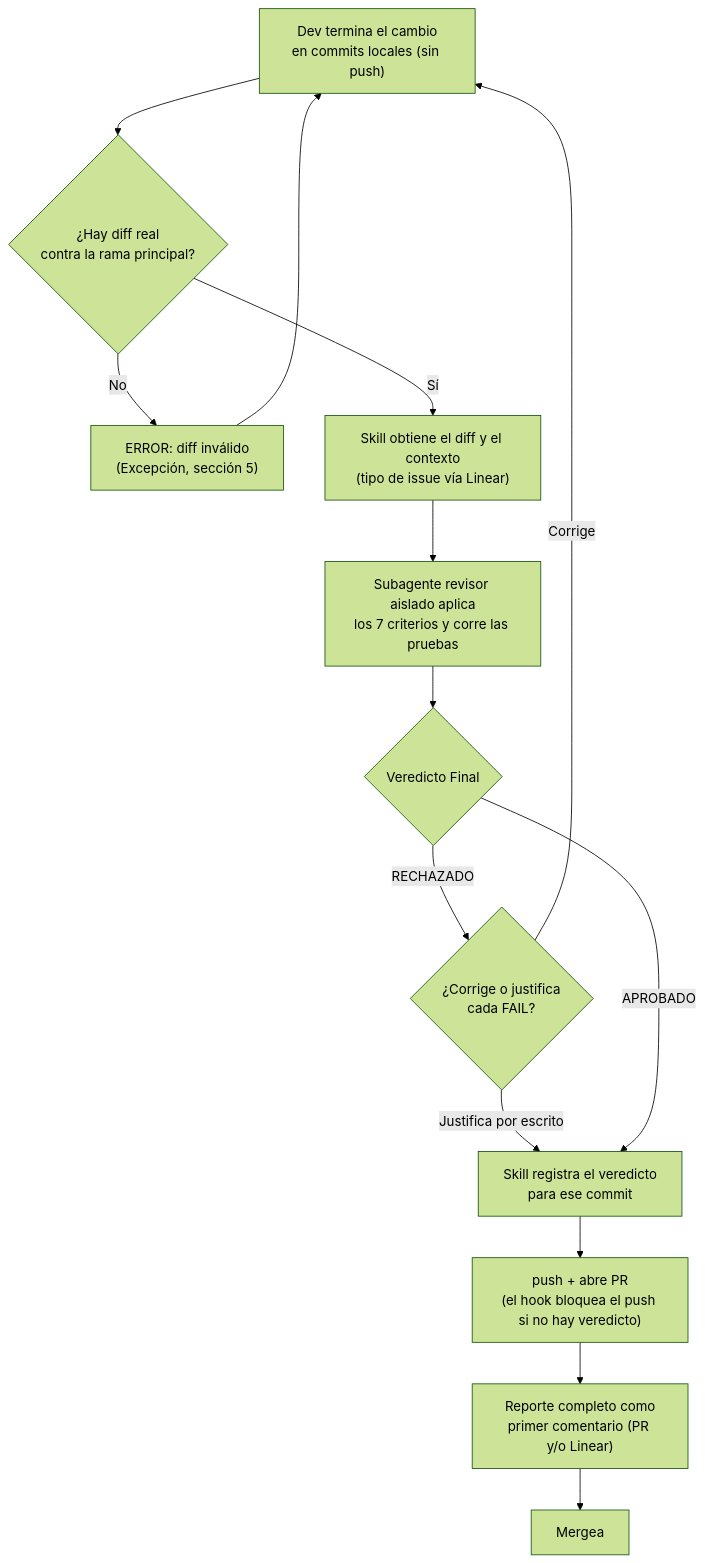
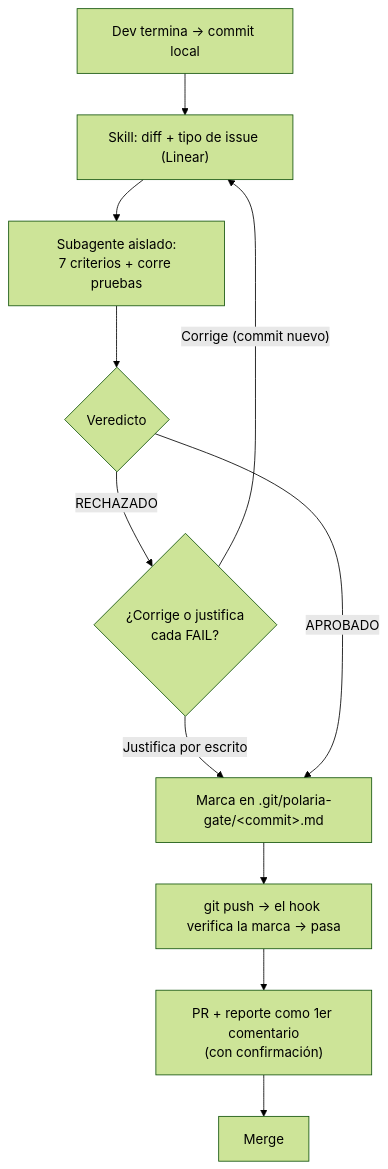
The diagram in plugins/gate-calidad-tecnica/skills/gate-calidad-tecnica-pre-merge-polaria/references/GATE_DE_CALIDAD_TECNICA_PRE_MERGE_v1.2.md (PolariaTech/polaria-agent-plugins), drawn with Mermaid (forest theme) before and after one commit. The commit also changed other lines of this file, not shown here.

First line of the commit message:
Actualizar documento del Gate v1.2 aprobado (formato "Como funciona")

````diff
--- a/plugins/gate-calidad-tecnica/skills/gate-calidad-tecnica-pre-merge-polaria/references/GATE_DE_CALIDAD_TECNICA_PRE_MERGE_v1.2.md
+++ b/plugins/gate-calidad-tecnica/skills/gate-calidad-tecnica-pre-merge-polaria/references/GATE_DE_CALIDAD_TECNICA_PRE_MERGE_v1.2.md
@@ -49,15 +58,13 @@
 ```mermaid
 flowchart TD
-    A["Dev termina el cambio<br/>en commits locales (sin push)"] --> B{"¿Hay diff real<br/>contra la rama principal?"}
-    B -- No --> B1["ERROR: diff inválido<br/>(Excepción, sección 5)"] --> A
-    B -- Sí --> C["Skill obtiene el diff y el contexto<br/>(tipo de issue vía Linear)"]
-    C --> D["Subagente revisor aislado aplica<br/>los 7 criterios y corre las pruebas"]
-    D --> E{"Veredicto Final"}
-    E -- RECHAZADO --> F{"¿Corrige o justifica<br/>cada FAIL?"}
-    F -- Corrige --> A
-    F -- "Justifica por escrito" --> R
-    E -- APROBADO --> R["Skill registra el veredicto<br/>para ese commit"]
-    R --> G["push + abre PR<br/>(el hook bloquea el push si no hay veredicto)"]
-    G --> H["Reporte completo como<br/>primer comentario (PR y/o Linear)"]
-    H --> I["Mergea"]
+    A["Dev termina → commit local"] --> B["Skill: diff + tipo de issue (Linear)"]
+    B --> C["Subagente aislado:<br/>7 criterios + corre pruebas"]
+    C --> D{"Veredicto"}
+    D -- RECHAZADO --> E{"¿Corrige o justifica<br/>cada FAIL?"}
+    E -- "Corrige (commit nuevo)" --> B
+    E -- "Justifica por escrito" --> F
+    D -- APROBADO --> F["Marca en .git/polaria-gate/&lt;commit&gt;.md"]
+    F --> G["git push → el hook verifica la marca → pasa"]
+    G --> H["PR + reporte como 1er comentario<br/>(con confirmación)"]
+    H --> I["Merge"]
 ```
````
